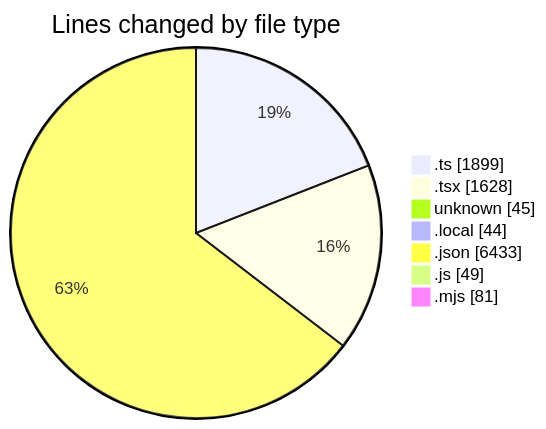
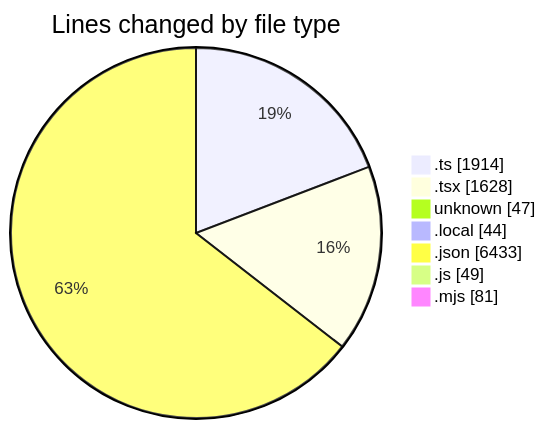
Before and after one commit to CELIANVF/code-tracking: the first of 2 diagrams in 2025-05-16/ecodeli-1/README.md, drawn with Mermaid. The commit also changed other lines of this file and 1 other file, not shown here.

````diff
--- a/2025-05-16/ecodeli-1/README.md
+++ b/2025-05-16/ecodeli-1/README.md
@@ -42,11 +42,11 @@
 ```mermaid
 pie showData
 title Lines changed by file type
-".ts" : 1899
+".ts" : 1914
 ".tsx" : 1628
-"unknown" : 45
+"unknown" : 47
 ".local" : 44
 ".json" : 6433
 ".js" : 49
 ".mjs" : 81
 ```
````
